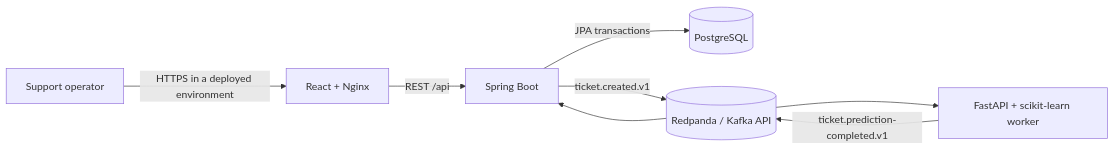
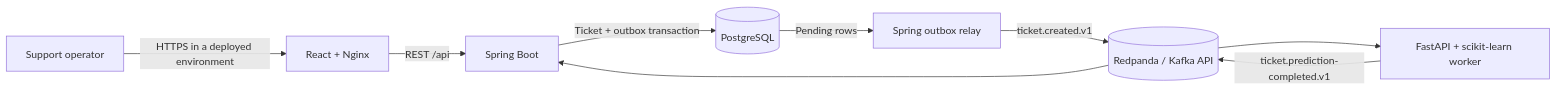
The first of 2 diagrams in docs/architecture.md (YevhenKoval01/serviceops-intelligence-platform), drawn with Mermaid before and after one commit. The commit also changed other lines of this file and 15 other files, not shown here.

Commit message:
feat: add durable ticket event outbox relay

````diff
--- a/docs/architecture.md
+++ b/docs/architecture.md
@@ -10,10 +10,11 @@
 ```mermaid
 flowchart LR
     Operator[Support operator] -->|HTTPS in a deployed environment| UI[React + Nginx]
     UI -->|REST /api| API[Spring Boot]
-    API -->|JPA transactions| DB[(PostgreSQL)]
-    API -->|ticket.created.v1| Kafka[(Redpanda / Kafka API)]
+    API -->|Ticket + outbox transaction| DB[(PostgreSQL)]
+    DB -->|Pending rows| Relay[Spring outbox relay]
+    Relay -->|ticket.created.v1| Kafka[(Redpanda / Kafka API)]
     Kafka --> Worker[FastAPI + scikit-learn worker]
     Worker -->|ticket.prediction-completed.v1| Kafka
     Kafka --> API
 ```
````
